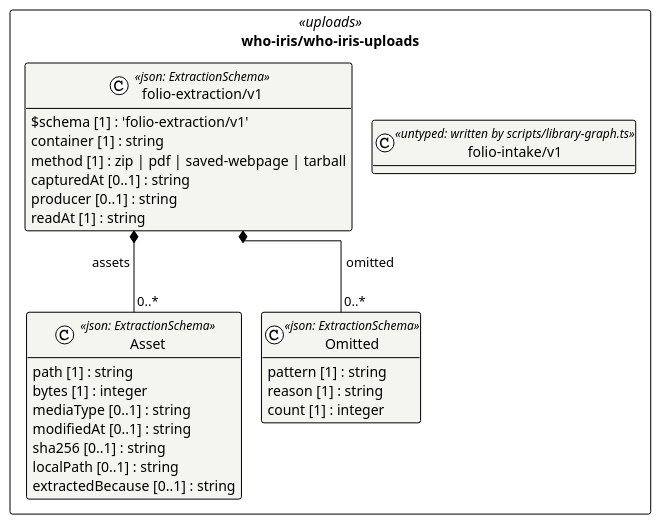
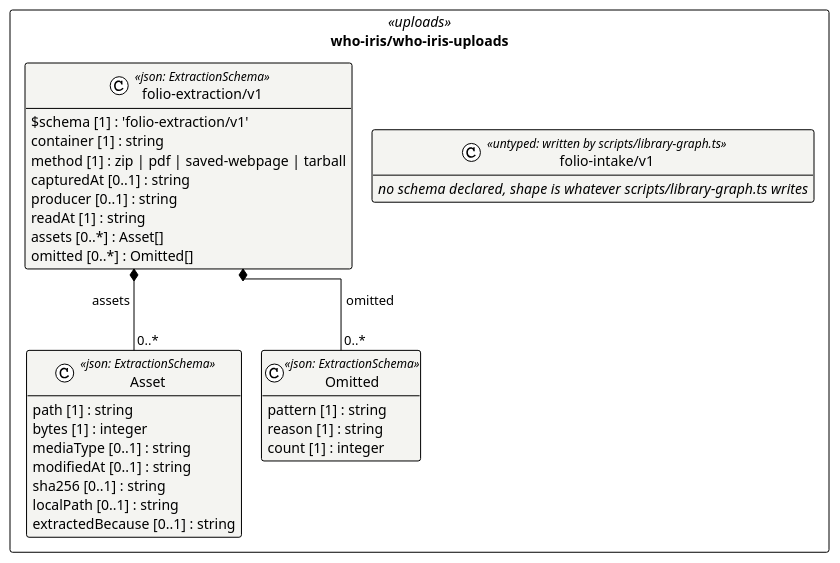
Before and after one commit to litlfred/folio-assistant: the diagram in cat-harness/uml/overview/who-iris/who-iris-uploads.puml, drawn with PlantUML. The commit also changed 181 other files, not shown here.

First line of the commit message:
UML: full object model on the overview page; no empty class boxes

```diff
--- a/cat-harness/uml/overview/who-iris/who-iris-uploads.puml
+++ b/cat-harness/uml/overview/who-iris/who-iris-uploads.puml
@@ -3,38 +3,41 @@
 @startuml who_iris_who_iris_uploads
 !pragma layout elk
 !theme plain
 skinparam classAttributeIconSize 0
 skinparam shadowing false
 skinparam packageStyle rectangle
 hide empty methods
 
 package "who-iris/who-iris-uploads" as pkg_who_iris_who_iris_uploads <<uploads>> {
   class "Asset" as who_iris_who_iris_uploads_folio_extraction_v1_Asset <<json: ExtractionSchema>> #f4f4f1 {
     path [1] : string
     bytes [1] : integer
     mediaType [0..1] : string
     modifiedAt [0..1] : string
     sha256 [0..1] : string
     localPath [0..1] : string
     extractedBecause [0..1] : string
   }
   class "Omitted" as who_iris_who_iris_uploads_folio_extraction_v1_Omitted <<json: ExtractionSchema>> #f4f4f1 {
     pattern [1] : string
     reason [1] : string
     count [1] : integer
   }
   class "folio-extraction/v1" as who_iris_who_iris_uploads_folio_extraction_v1_folio_extraction_v1 <<json: ExtractionSchema>> #f4f4f1 {
     $schema [1] : 'folio-extraction/v1'
     container [1] : string
     method [1] : zip | pdf | saved-webpage | tarball
     capturedAt [0..1] : string
     producer [0..1] : string
     readAt [1] : string
+    assets [0..*] : Asset[]
+    omitted [0..*] : Omitted[]
   }
   class "folio-intake/v1" as who_iris_who_iris_uploads_folio_intake_v1 <<untyped: written by scripts/library-graph.ts>> #f4f4f1 {
+    //no schema declared, shape is whatever scripts/library-graph.ts writes//
   }
 }
 
 who_iris_who_iris_uploads_folio_extraction_v1_folio_extraction_v1 *-- "0..*" who_iris_who_iris_uploads_folio_extraction_v1_Asset : assets
 who_iris_who_iris_uploads_folio_extraction_v1_folio_extraction_v1 *-- "0..*" who_iris_who_iris_uploads_folio_extraction_v1_Omitted : omitted
 @enduml
```
